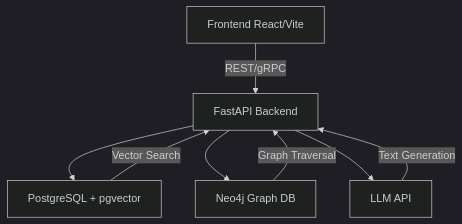
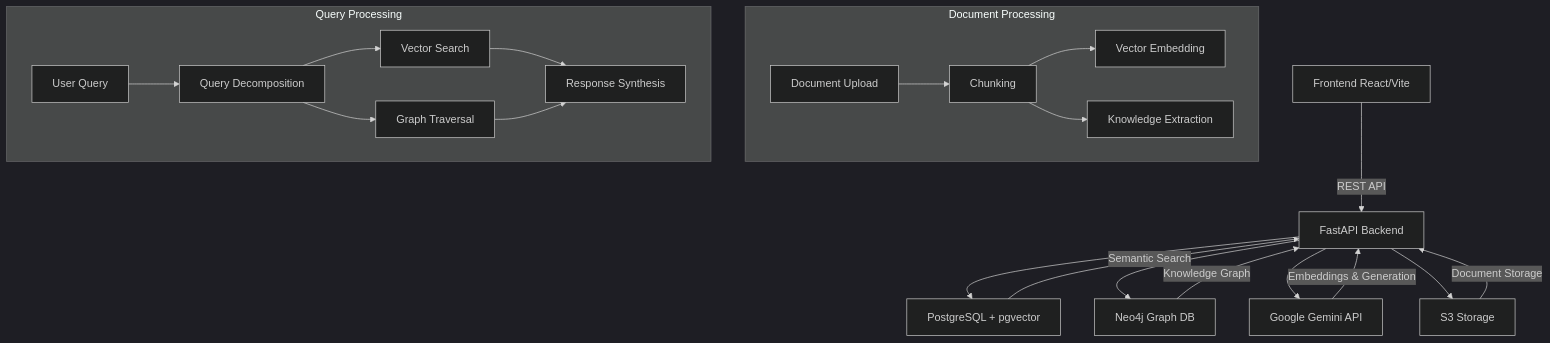
The diagram in README.md (capybara-brain346/knowflow), drawn with Mermaid (dark theme) before and after one commit. The commit also changed other lines of this file, not shown here.

````diff
--- a/README.md
+++ b/README.md
@@ -38,10 +58,27 @@
 ```mermaid
 graph TD
-    A[Frontend React/Vite] -->|REST/gRPC| B[FastAPI Backend]
+    A[Frontend React/Vite] -->|REST API| B[FastAPI Backend]
     B --> C[PostgreSQL + pgvector]
     B --> D[Neo4j Graph DB]
-    B --> E[LLM API]
-    C -->|Vector Search| B
-    D -->|Graph Traversal| B
-    E -->|Text Generation| B
+    B --> E[Google Gemini API]
+    B --> F[S3 Storage]
+
+    subgraph Document Processing
+        G[Document Upload] --> H[Chunking]
+        H --> I[Vector Embedding]
+        H --> J[Knowledge Extraction]
+    end
+
+    subgraph Query Processing
+        K[User Query] --> L[Query Decomposition]
+        L --> M[Vector Search]
+        L --> N[Graph Traversal]
+        M --> O[Response Synthesis]
+        N --> O
+    end
+
+    C -->|Semantic Search| B
+    D -->|Knowledge Graph| B
+    F -->|Document Storage| B
+    E -->|Embeddings & Generation| B
 ```
````
